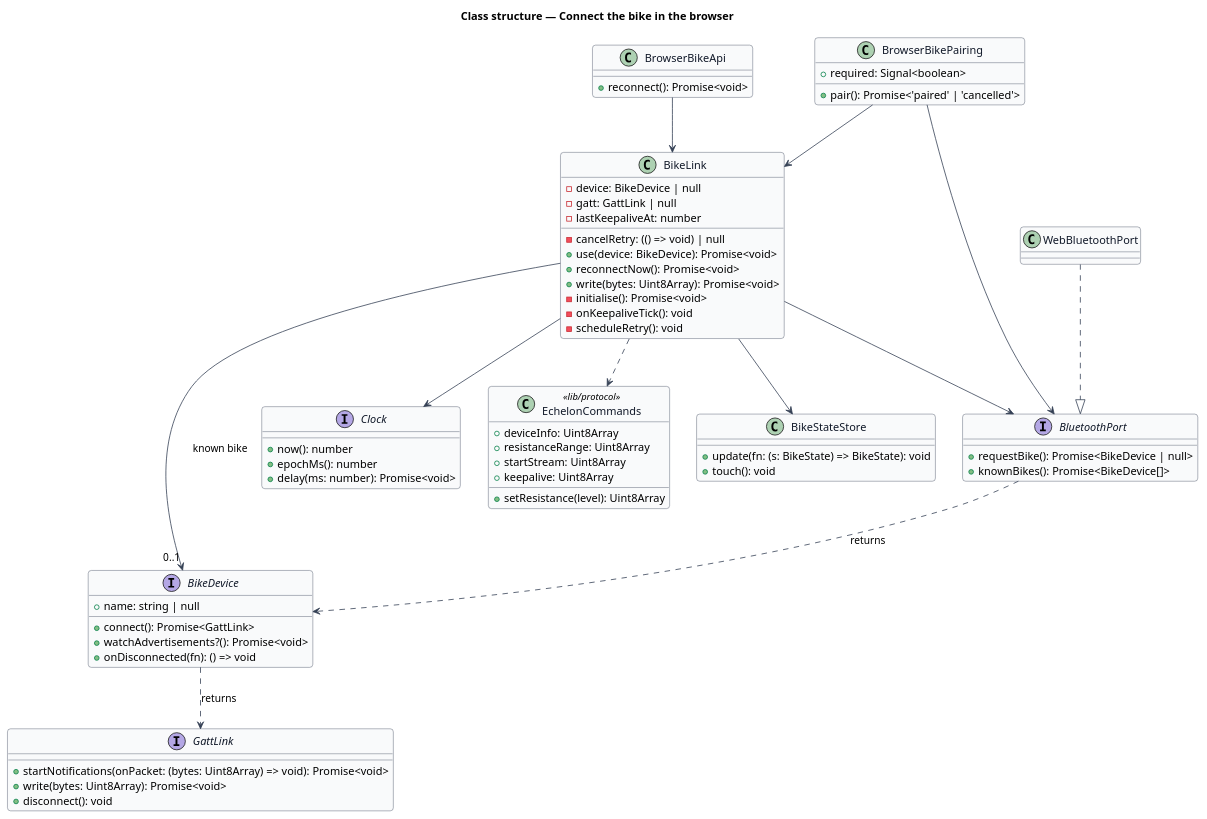
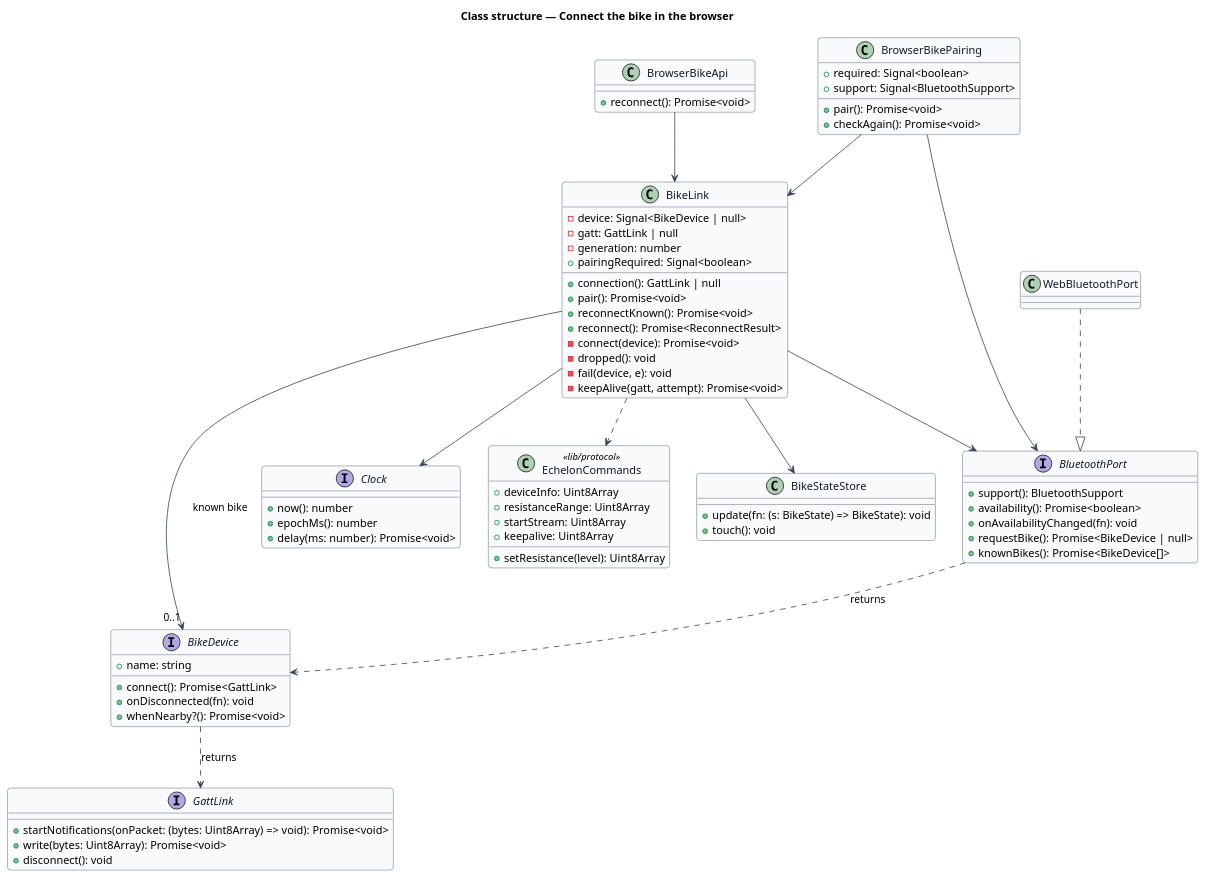
The diagram in docs/detailed-designs/browser-edition/connect-bike-in-browser/diagrams/class-structure.puml (QuinntyneBrown/ride-one), drawn with PlantUML before and after one commit. The commit also changed 17 other files, not shown here.

First line of the commit message:
Reconnect the bike chosen on an earlier visit (L2-090 AC5)

```diff
--- a/docs/detailed-designs/browser-edition/connect-bike-in-browser/diagrams/class-structure.puml
+++ b/docs/detailed-designs/browser-edition/connect-bike-in-browser/diagrams/class-structure.puml
@@ -1,77 +1,84 @@
 @startuml
 skinparam backgroundColor #FFFFFF
 skinparam shadowing false
 skinparam roundcorner 8
 skinparam defaultFontName Arial
 skinparam ArrowColor #344054
 skinparam class {
   BorderColor #344054
   FontColor #101828
   BackgroundColor #F9FAFB
 }
 title Class structure — Connect the bike in the browser
 
 interface BluetoothPort {
+  +support(): BluetoothSupport
+  +availability(): Promise<boolean>
+  +onAvailabilityChanged(fn): void
   +requestBike(): Promise<BikeDevice | null>
   +knownBikes(): Promise<BikeDevice[]>
 }
 interface BikeDevice {
-  +name: string | null
+  +name: string
   +connect(): Promise<GattLink>
-  +watchAdvertisements?(): Promise<void>
-  +onDisconnected(fn): () => void
+  +onDisconnected(fn): void
+  +whenNearby?(): Promise<void>
 }
 interface GattLink {
   +startNotifications(onPacket: (bytes: Uint8Array) => void): Promise<void>
   +write(bytes: Uint8Array): Promise<void>
   +disconnect(): void
 }
 interface Clock {
   +now(): number
   +epochMs(): number
   +delay(ms: number): Promise<void>
 }
 class WebBluetoothPort
 class BikeLink {
-  -device: BikeDevice | null
+  -device: Signal<BikeDevice | null>
   -gatt: GattLink | null
-  -lastKeepaliveAt: number
-  -cancelRetry: (() => void) | null
-  +use(device: BikeDevice): Promise<void>
-  +reconnectNow(): Promise<void>
-  +write(bytes: Uint8Array): Promise<void>
-  -initialise(): Promise<void>
-  -onKeepaliveTick(): void
-  -scheduleRetry(): void
+  -generation: number
+  +pairingRequired: Signal<boolean>
+  +connection(): GattLink | null
+  +pair(): Promise<void>
+  +reconnectKnown(): Promise<void>
+  +reconnect(): Promise<ReconnectResult>
+  -connect(device): Promise<void>
+  -dropped(): void
+  -fail(device, e): void
+  -keepAlive(gatt, attempt): Promise<void>
 }
 class EchelonCommands <<lib/protocol>> {
   +deviceInfo: Uint8Array
   +resistanceRange: Uint8Array
   +startStream: Uint8Array
   +keepalive: Uint8Array
   +setResistance(level): Uint8Array
 }
 class BrowserBikePairing {
   +required: Signal<boolean>
-  +pair(): Promise<'paired' | 'cancelled'>
+  +support: Signal<BluetoothSupport>
+  +pair(): Promise<void>
+  +checkAgain(): Promise<void>
 }
 class BrowserBikeApi {
   +reconnect(): Promise<void>
 }
 class BikeStateStore {
   +update(fn: (s: BikeState) => BikeState): void
   +touch(): void
 }
 
 WebBluetoothPort ..|> BluetoothPort
 BluetoothPort ..> BikeDevice : returns
 BikeDevice ..> GattLink : returns
 BikeLink --> BluetoothPort
 BikeLink --> "0..1" BikeDevice : known bike
 BikeLink --> Clock
 BikeLink ..> EchelonCommands
 BikeLink --> BikeStateStore
 BrowserBikePairing --> BluetoothPort
 BrowserBikePairing --> BikeLink
 BrowserBikeApi --> BikeLink
 @enduml
```
